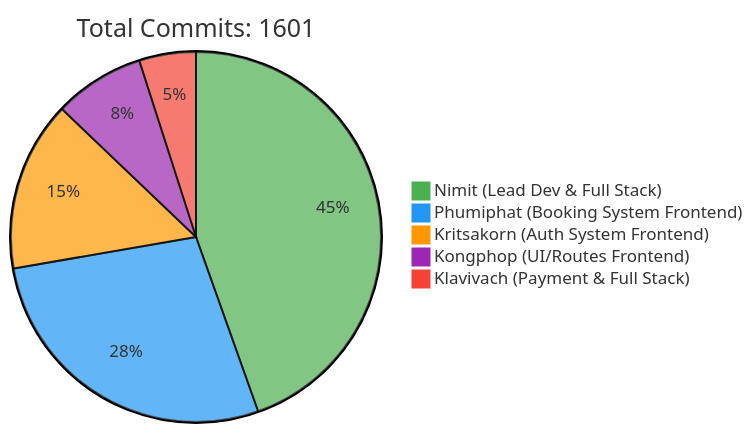
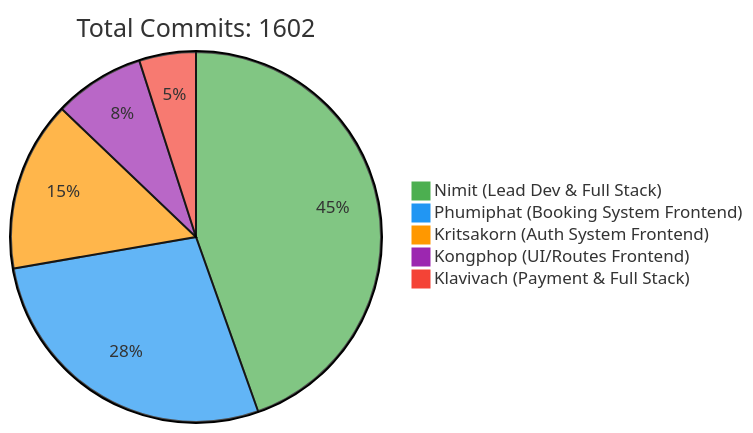
The first of 2 diagrams in README.md (6531503042/Sport-Complex), drawn with Mermaid before and after one commit. The commit also changed other lines of this file, not shown here.

Commit message:
docs: Update contributor statistics [skip ci]

````diff
--- a/README.md
+++ b/README.md
@@ -257,10 +257,10 @@
 ```mermaid
 %%{init: {'theme': 'base', 'themeVariables': { 'pie1': '#4CAF50', 'pie2': '#2196F3', 'pie3': '#FF9800', 'pie4': '#9C27B0', 'pie5': '#F44336'}}}%%
 pie
-    title Total Commits: 1601
+    title Total Commits: 1602
     "Nimit (Lead Dev & Full Stack)" : 450
     "Phumiphat (Booking System Frontend)" : 280
     "Kritsakorn (Auth System Frontend)" : 150
     "Kongphop (UI/Routes Frontend)" : 80
     "Klavivach (Payment & Full Stack)" : 50
 ```
````
